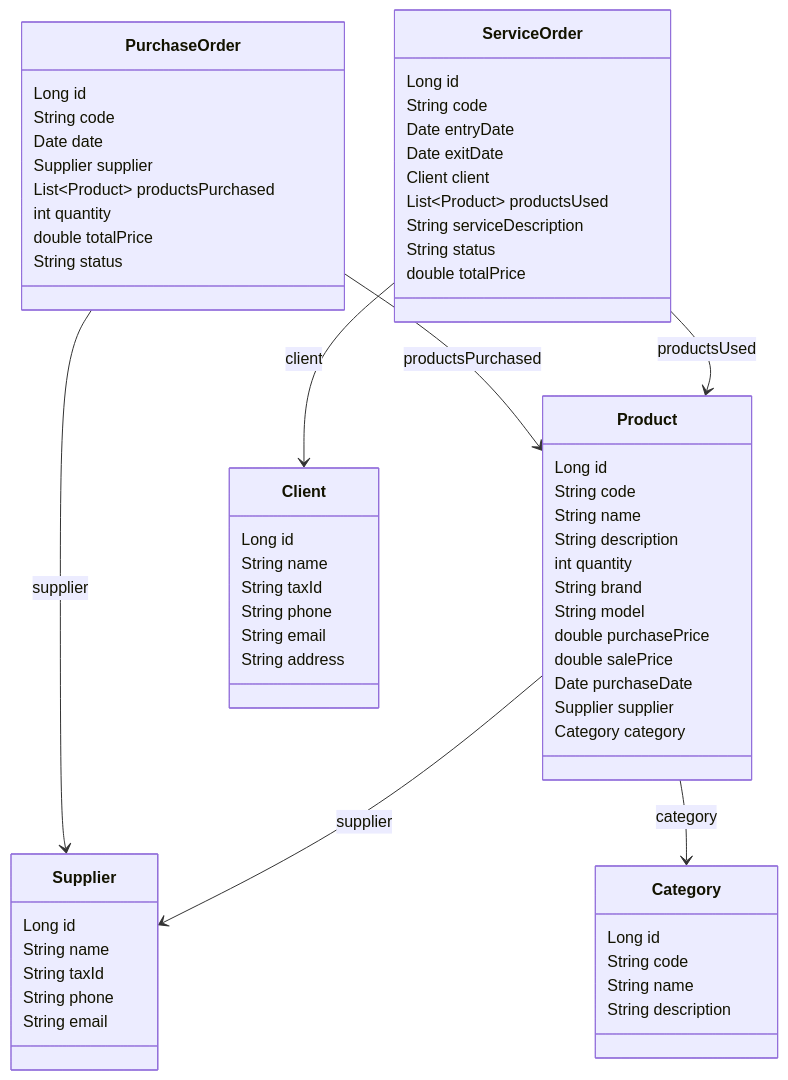
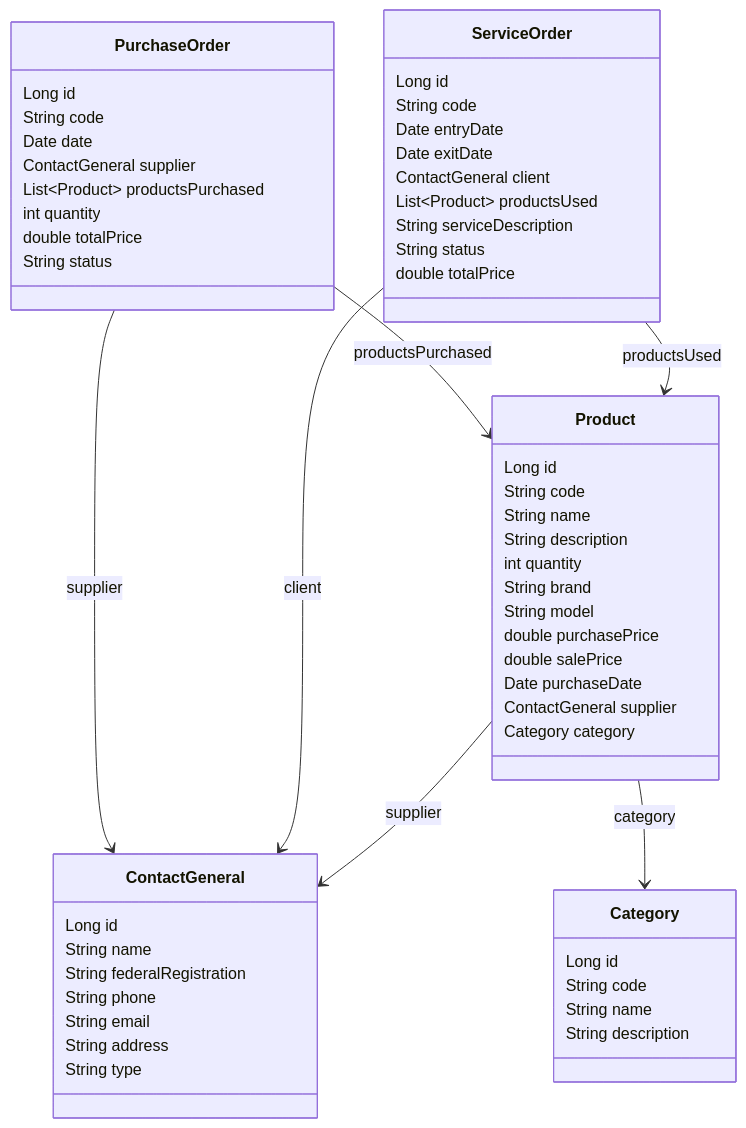
The diagram in README.md (caducarlos00/pcpEquipSoftware), drawn with Mermaid before and after one commit.

````diff
--- a/README.md
+++ b/README.md
@@ -3,71 +3,64 @@
 ``` mermaid
 classDiagram
     class Product {
         Long id
         String code
         String name
         String description
         int quantity
         String brand
         String model
         double purchasePrice
         double salePrice
         Date purchaseDate
-        Supplier supplier
+        ContactGeneral supplier
         Category category
     }
 
-    class Supplier {
+    class ContactGeneral {
         Long id
         String name
-        String taxId
+        String federalRegistration
         String phone
         String email
+        String address
+        String type
     }
 
     class Category {
         Long id
         String code
         String name
         String description
     }
 
     class ServiceOrder {
         Long id
         String code
         Date entryDate
         Date exitDate
-        Client client
+        ContactGeneral client
         List~Product~ productsUsed
         String serviceDescription
         String status
         double totalPrice
     }
 
-    class Client {
-        Long id
-        String name
-        String taxId
-        String phone
-        String email
-        String address
-    }
-
     class PurchaseOrder {
         Long id
         String code
         Date date
-        Supplier supplier
+        ContactGeneral supplier
         List~Product~ productsPurchased
         int quantity
         double totalPrice
         String status
     }
 
-    Product --> Supplier : supplier
+    Product --> ContactGeneral : supplier
     Product --> Category : category
-    ServiceOrder --> Client : client
+    ServiceOrder --> ContactGeneral : client
     ServiceOrder --> Product : productsUsed
-    PurchaseOrder --> Supplier : supplier
+    PurchaseOrder --> ContactGeneral : supplier
     PurchaseOrder --> Product : productsPurchased
 ```
````
